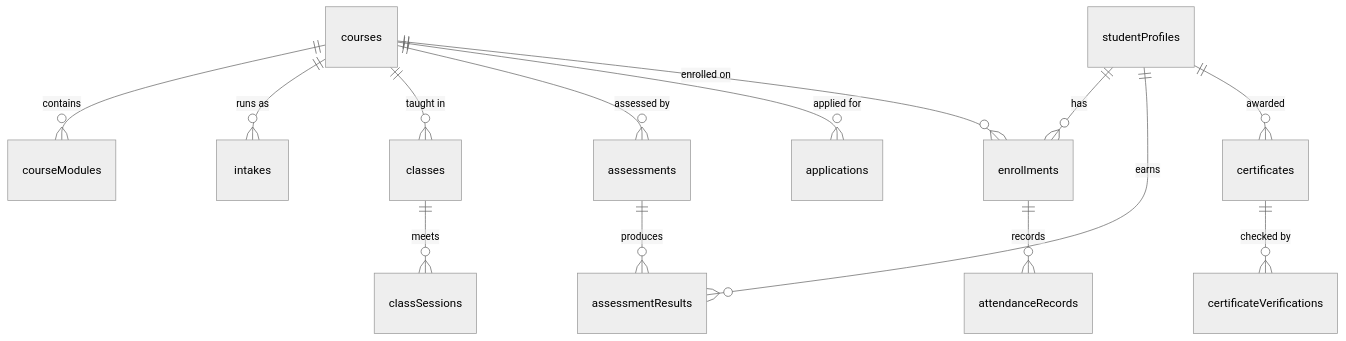
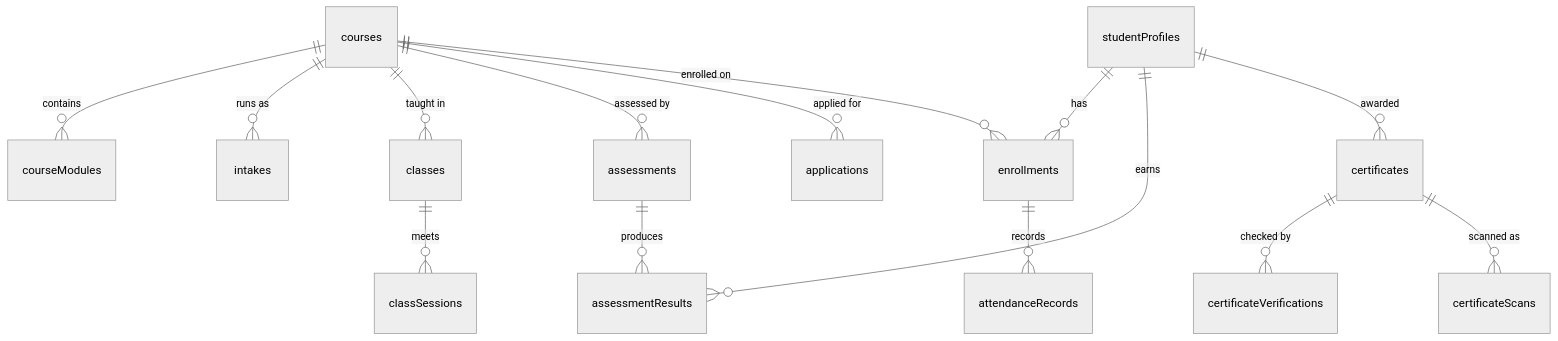
The second of 4 diagrams in docs/database.md (eckintosh-4ai360/BLUSH-WITH-TEE-COSMETOLOGY), drawn with Mermaid (neutral theme) before and after one commit. The commit also changed 10 other files, not shown here.

Commit message:
Keep the scanned certificate with its record

````diff
--- a/docs/database.md
+++ b/docs/database.md
@@ -51,17 +51,18 @@
 ```mermaid
 erDiagram
     courses ||--o{ courseModules : contains
     courses ||--o{ intakes : "runs as"
     courses ||--o{ classes : "taught in"
     courses ||--o{ assessments : "assessed by"
     courses ||--o{ applications : "applied for"
     courses ||--o{ enrollments : "enrolled on"
 
     studentProfiles ||--o{ enrollments : has
     studentProfiles ||--o{ assessmentResults : earns
     studentProfiles ||--o{ certificates : awarded
     enrollments ||--o{ attendanceRecords : records
     classes ||--o{ classSessions : meets
     assessments ||--o{ assessmentResults : produces
     certificates ||--o{ certificateVerifications : "checked by"
+    certificates ||--o{ certificateScans : "scanned as"
 ```
````
